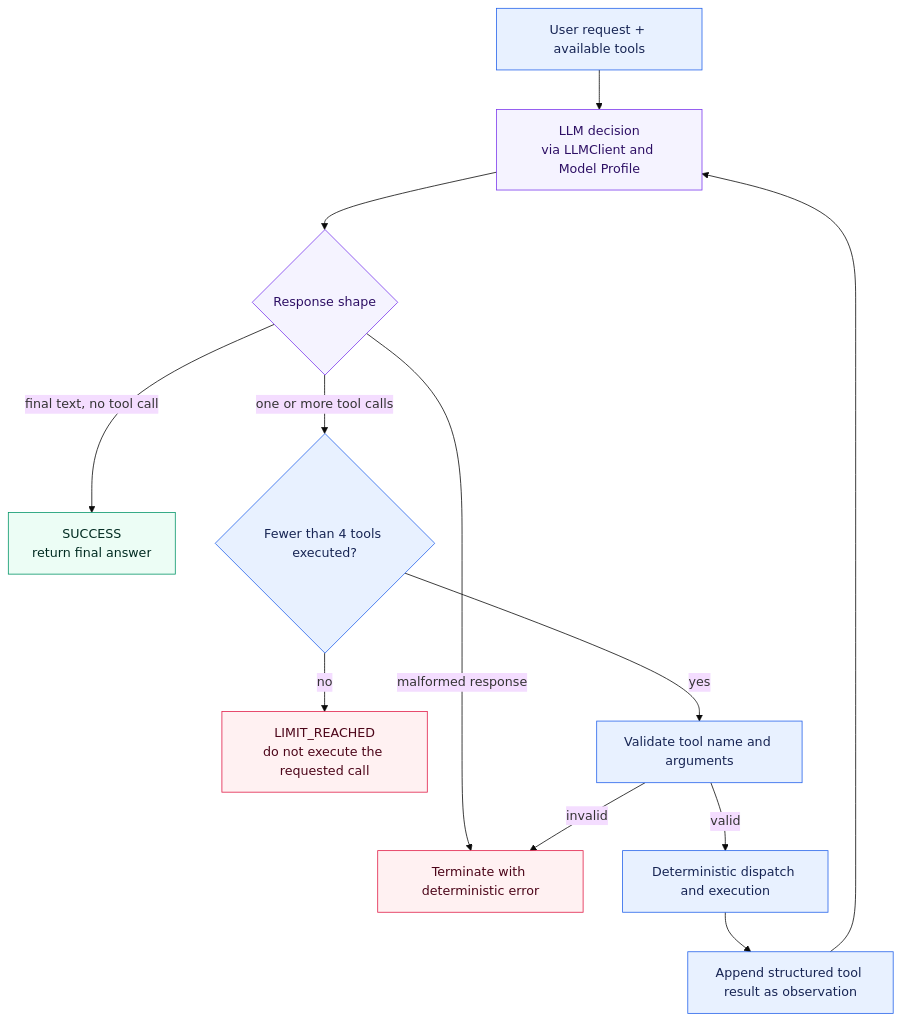
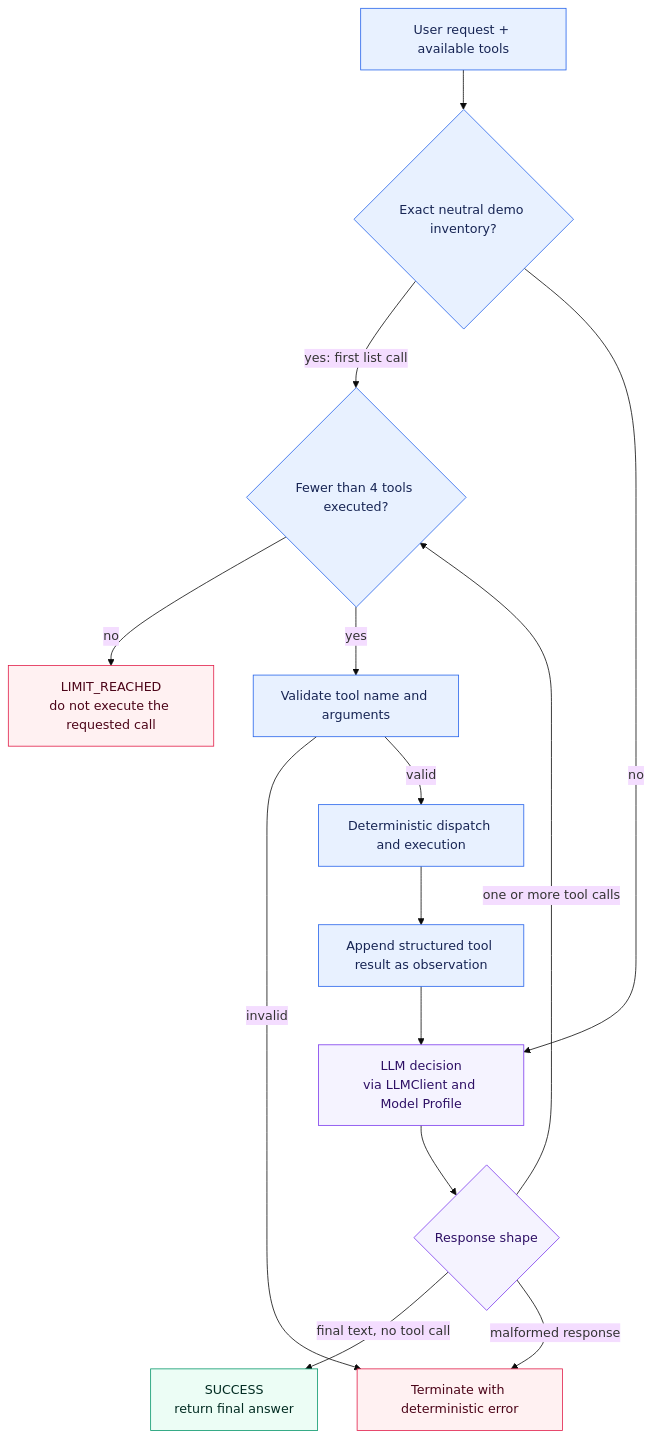
The diagram in docs/decisions/ADR-004-agent-orchestration-strategy.md (aboerzel/industrial-ai-agent), drawn with Mermaid (base theme) before and after one commit. The commit also changed other lines of this file and 13 other files, not shown here.

First line of the commit message:
fix(demo): scope discovery results to authenticated user visibility

````diff
--- a/docs/decisions/ADR-004-agent-orchestration-strategy.md
+++ b/docs/decisions/ADR-004-agent-orchestration-strategy.md
@@ -43,23 +50,25 @@
 ```mermaid
 flowchart TD
-    Start["User request + available tools"] --> LLM["LLM decision<br/>via LLMClient and Model Profile"]
+    Start["User request + available tools"] --> Inventory{"Exact neutral demo inventory?"}
+    Inventory -->|"yes: first list call"| Limit
+    Inventory -->|"no"| LLM["LLM decision<br/>via LLMClient and Model Profile"]
     LLM --> Decision{"Response shape"}
     Decision -->|"final text, no tool call"| Final["SUCCESS<br/>return final answer"]
     Decision -->|"one or more tool calls"| Limit{"Fewer than 4 tools executed?"}
     Decision -->|"malformed response"| Invalid["Terminate with deterministic error"]
     Limit -->|"no"| Exhausted["LIMIT_REACHED<br/>do not execute the requested call"]
     Limit -->|"yes"| Validate["Validate tool name and arguments"]
     Validate -->|"invalid"| Invalid
     Validate -->|"valid"| Dispatch["Deterministic dispatch and execution"]
     Dispatch --> Observation["Append structured tool result as observation"]
     Observation --> LLM
 
     classDef llm fill:#f5f3ff,stroke:#7c3aed,color:#2e1065
     classDef deterministic fill:#e8f1ff,stroke:#2563eb,color:#172554
     classDef terminal fill:#ecfdf5,stroke:#059669,color:#022c22
     classDef failure fill:#fff1f2,stroke:#e11d48,color:#4c0519
     class LLM,Decision llm
-    class Start,Validate,Limit,Dispatch,Observation deterministic
+    class Start,Inventory,Validate,Limit,Dispatch,Observation deterministic
     class Final terminal
     class Invalid,Exhausted failure
 ```
````
